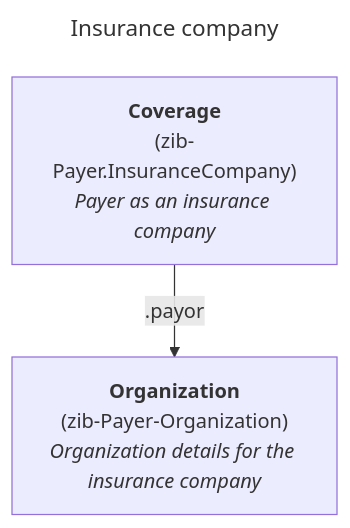
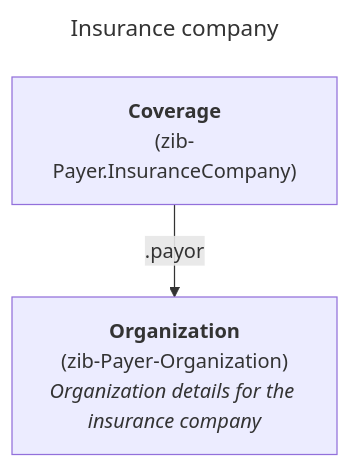
The second of 4 diagrams in documentation/Payer.md (Nictiz/Nictiz-R4-zib2024), drawn with Mermaid before and after one commit. The commit also changed other lines of this file, not shown here.

Commit message:
Tweak graphs

````diff
--- a/documentation/Payer.md
+++ b/documentation/Payer.md
@@ -38,13 +38,12 @@
 ```mermaid
 ---
 title: Insurance company
 ---
 flowchart TB
     zib-Payer.InsuranceCompany["`**Coverage**
-        (zib-Payer.InsuranceCompany)
-        _Payer as an insurance company_`"]
+        (zib-Payer.InsuranceCompany)`"]
     zib-Payer-Organization["`**Organization**
         (zib-Payer-Organization)
         _Organization details for the insurance company_`"]
     zib-Payer.InsuranceCompany -- .payor --> zib-Payer-Organization
 ```
````
